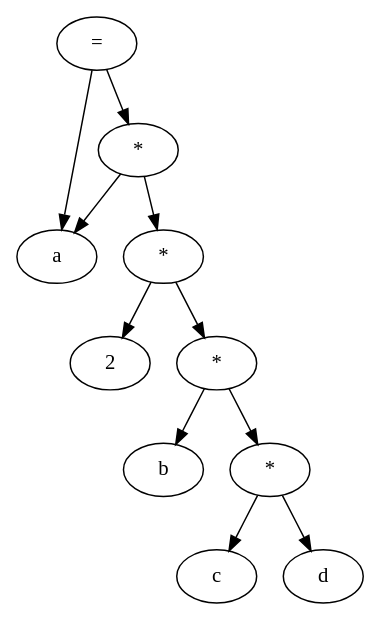
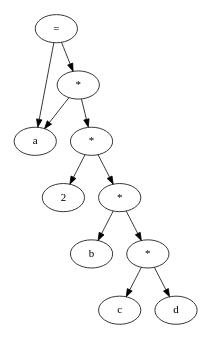
Before and after one commit to obcode/compiler: the diagram in img/01/IR.dot, drawn with Graphviz. The commit also changed 33 other files, not shown here.

```diff
--- a/img/01/IR.dot
+++ b/img/01/IR.dot
@@ -1,28 +1,29 @@
 digraph IR {
+    size="3,3"
 	x1 [label = "*"]
 	x3 [label = "*"]
 	x2 [label = "*"]
 	x4 [label = "*"]
 	"=" -> a
 	"=" -> x1
 	x1 -> a
 	x1 -> x2
 	x2 -> 2
 	x2 -> x3
 	x3 -> b
 	x3 -> x4
 	x4 -> c
 	x4 -> d
 	{
 		rank = same
 		a -> x2 [style=invis]
 	}
 	{
 		rank = same
 		2 -> x3 [style=invis]
 	}
 	{
 		rank = same
 		b -> x4 [style=invis]
 	}
 }
```
